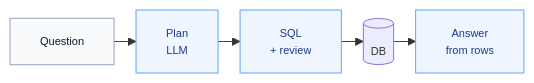
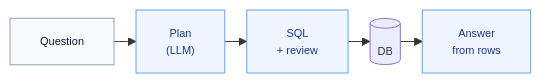
One commit to asiftauhid/covanant-compliance changed the third of 3 diagrams in README.md. Above: the diagram before and after it, drawn with Mermaid. The commit also changed other lines of this file, not shown here.

````diff
--- a/README.md
+++ b/README.md
@@ -65,13 +65,13 @@
 ```mermaid
 %%{init: {"flowchart": {"htmlLabels": false, "nodeSpacing": 18, "rankSpacing": 22}, "themeVariables": {"fontSize": "11px"}}}%%
 flowchart LR
-  Q["Question"] --> PLAN["Plan<br/>LLM"]
+  Q["Question"] --> PLAN["Plan<br/>(LLM)"]
   PLAN --> SQL["SQL<br/>+ review"]
   SQL --> DB[("DB")]
   DB --> ANS["Answer<br/>from rows"]
 
   classDef llm fill:#eff6ff,stroke:#60a5fa,color:#1e3a8a
   classDef io fill:#f8fafc,stroke:#94a3b8,color:#0f172a
   class PLAN,SQL,ANS llm
   class Q io
 ```
````
